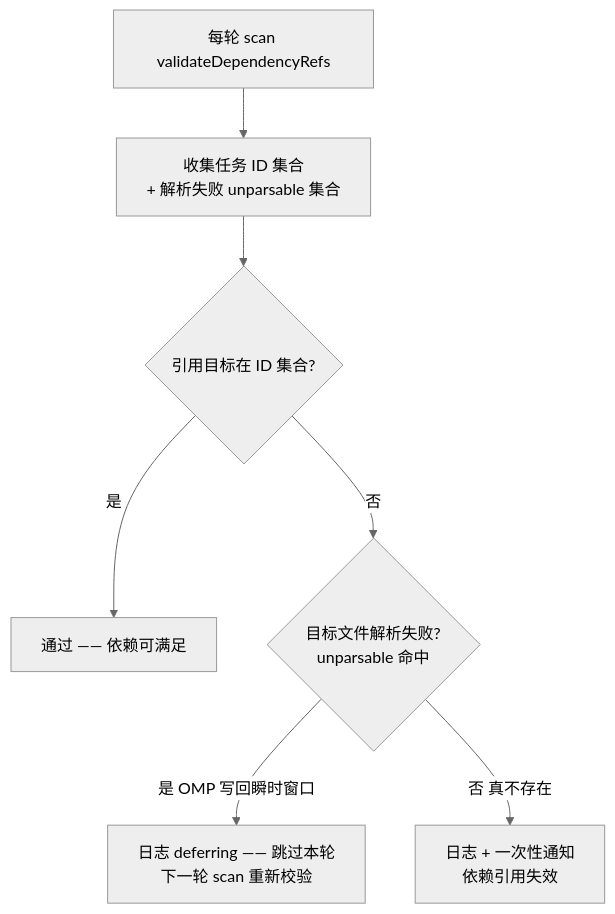
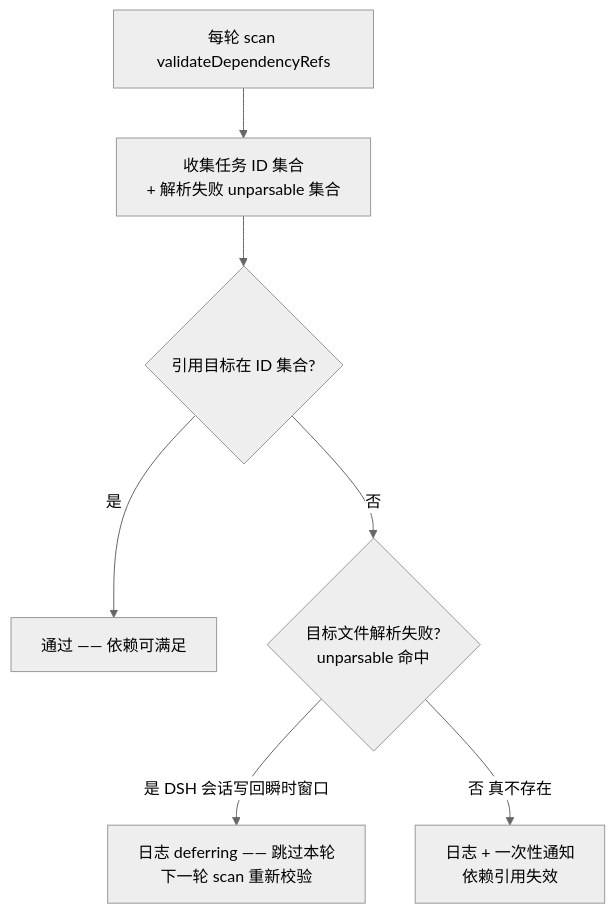
Before and after one commit to ndzuki/obsidian-task-runner: the sixth of 8 diagrams in docs/workflow.md, drawn with Mermaid (neutral theme). The commit also changed other lines of this file and 38 other files, not shown here.

````diff
--- a/docs/workflow.md
+++ b/docs/workflow.md
@@ -798,9 +806,9 @@
 ```mermaid
 flowchart TD
     SCAN[每轮 scan validateDependencyRefs] --> COLLECT[收集任务 ID 集合<br/>+ 解析失败 unparsable 集合]
     COLLECT --> CHECK{引用目标在 ID 集合?}
     CHECK -->|是| OK[通过 —— 依赖可满足]
     CHECK -->|否| PARSE{目标文件解析失败?<br/>unparsable 命中}
-    PARSE -->|是 OMP 写回瞬时窗口| DEFER[日志 deferring —— 跳过本轮<br/>下一轮 scan 重新校验]
+    PARSE -->|是 DSH 会话写回瞬时窗口| DEFER[日志 deferring —— 跳过本轮<br/>下一轮 scan 重新校验]
     PARSE -->|否 真不存在| NOTIFY[日志 + 一次性通知<br/>依赖引用失效]
 ```
````
